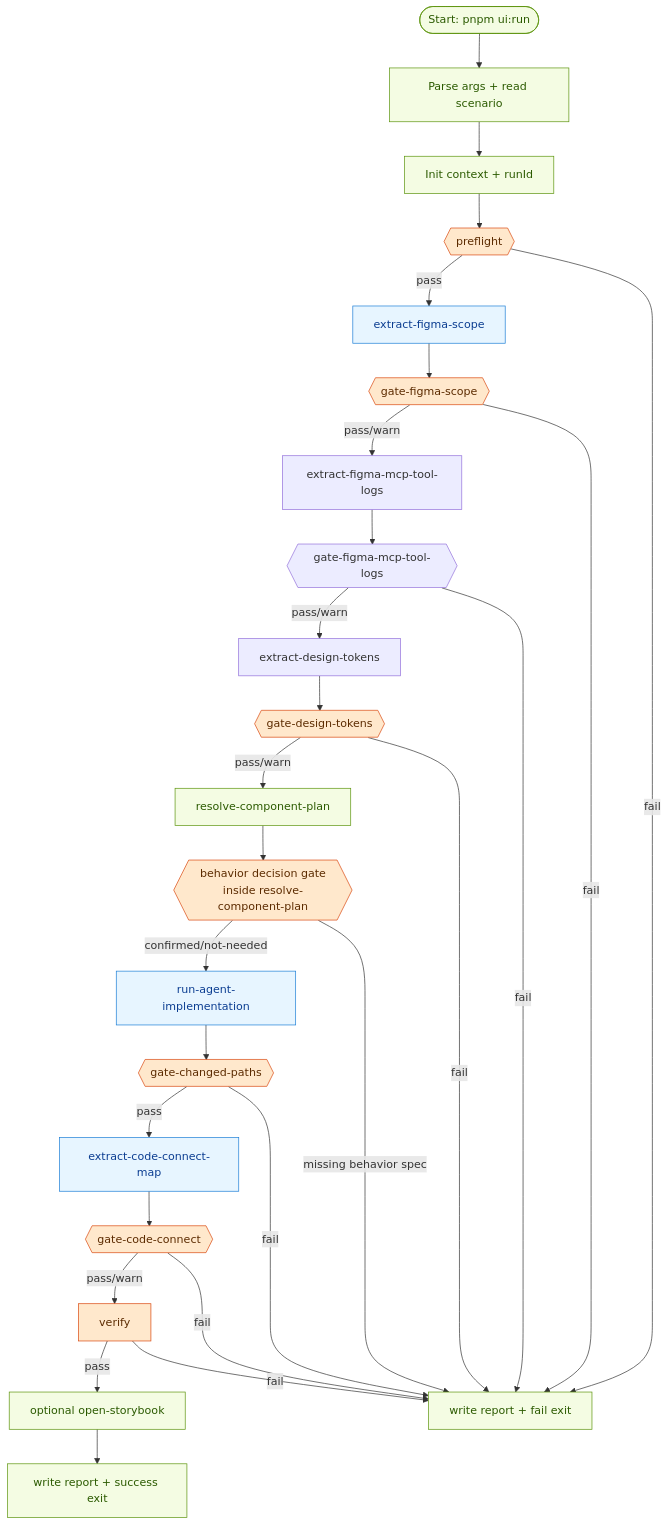
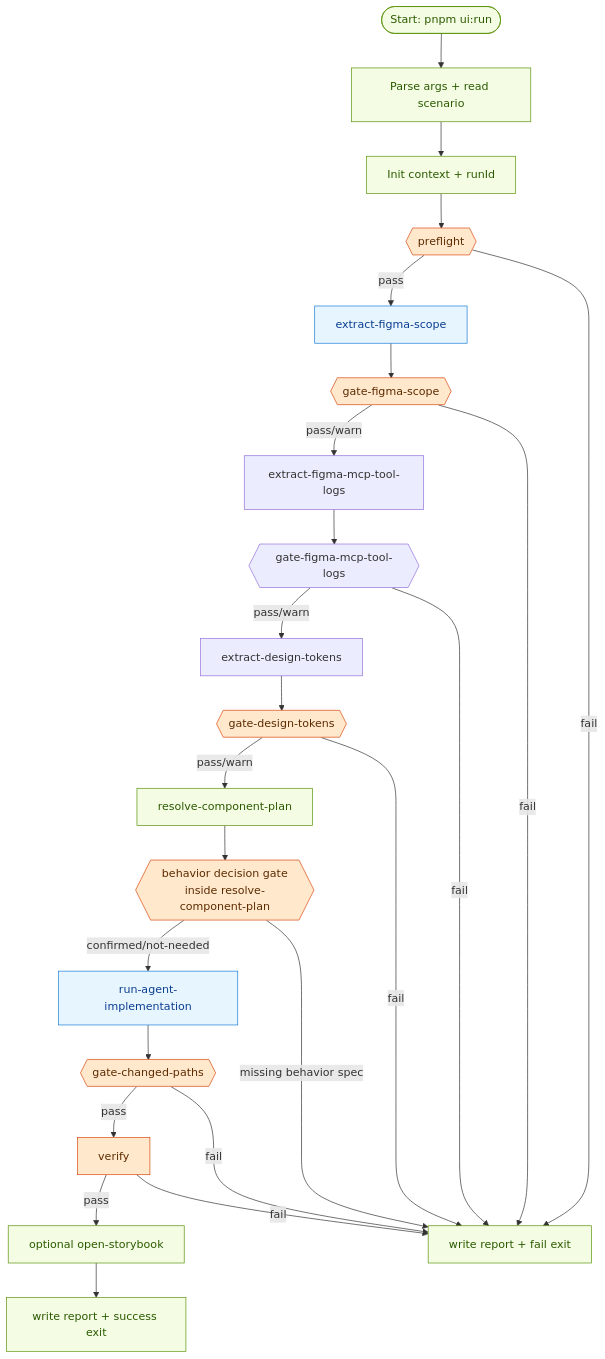
The first of 4 diagrams in orchestration/ui-components/README.md (TEAM-HOUME/HOUME-CLIENT), drawn with Mermaid before and after one commit. The commit also changed other lines of this file and 6 other files, not shown here.

Commit message:
chore: Code Connect 단계 제거하고 게이트 강화

````diff
--- a/orchestration/ui-components/README.md
+++ b/orchestration/ui-components/README.md
@@ -66,43 +62,39 @@
 ```mermaid
 flowchart TD
   A([Start: pnpm ui:run]) --> B[Parse args + read scenario]
   B --> C[Init context + runId]
   C --> D{{preflight}}
 
   D -- pass --> E[extract-figma-scope]
   D -- fail --> Z1[write report + fail exit]
 
   E --> F{{gate-figma-scope}}
   F -- pass/warn --> G0[extract-figma-mcp-tool-logs]
   G0 --> G1{{gate-figma-mcp-tool-logs}}
   G1 -- pass/warn --> G[extract-design-tokens]
   G1 -- fail --> Z1
   F -- fail --> Z1
 
   G --> H{{gate-design-tokens}}
   H -- pass/warn --> I[resolve-component-plan]
   H -- fail --> Z1
 
   I --> J{{behavior decision gate<br/>inside resolve-component-plan}}
   J -- confirmed/not-needed --> K[run-agent-implementation]
   J -- missing behavior spec --> Z1
 
   K --> L{{gate-changed-paths}}
-  L -- pass --> M[extract-code-connect-map]
+  L -- pass --> O[verify]
   L -- fail --> Z1
-
-  M --> N{{gate-code-connect}}
-  N -- pass/warn --> O[verify]
-  N -- fail --> Z1
 
   O -- pass --> P[optional open-storybook]
   O -- fail --> Z1
   P --> Q[write report + success exit]
 
   classDef gate fill:#ffe8cc,stroke:#d9480f,color:#5c2b00;
   classDef agent fill:#e7f5ff,stroke:#1c7ed6,color:#0b3d91;
   classDef local fill:#f4fce3,stroke:#5c940d,color:#2b5a00;
-  class D,F,H,J,L,N,O gate;
-  class E,K,M agent;
+  class D,F,H,J,L,O gate;
+  class E,K agent;
   class A,B,C,P,Q,Z1,I local;
 ```
````
